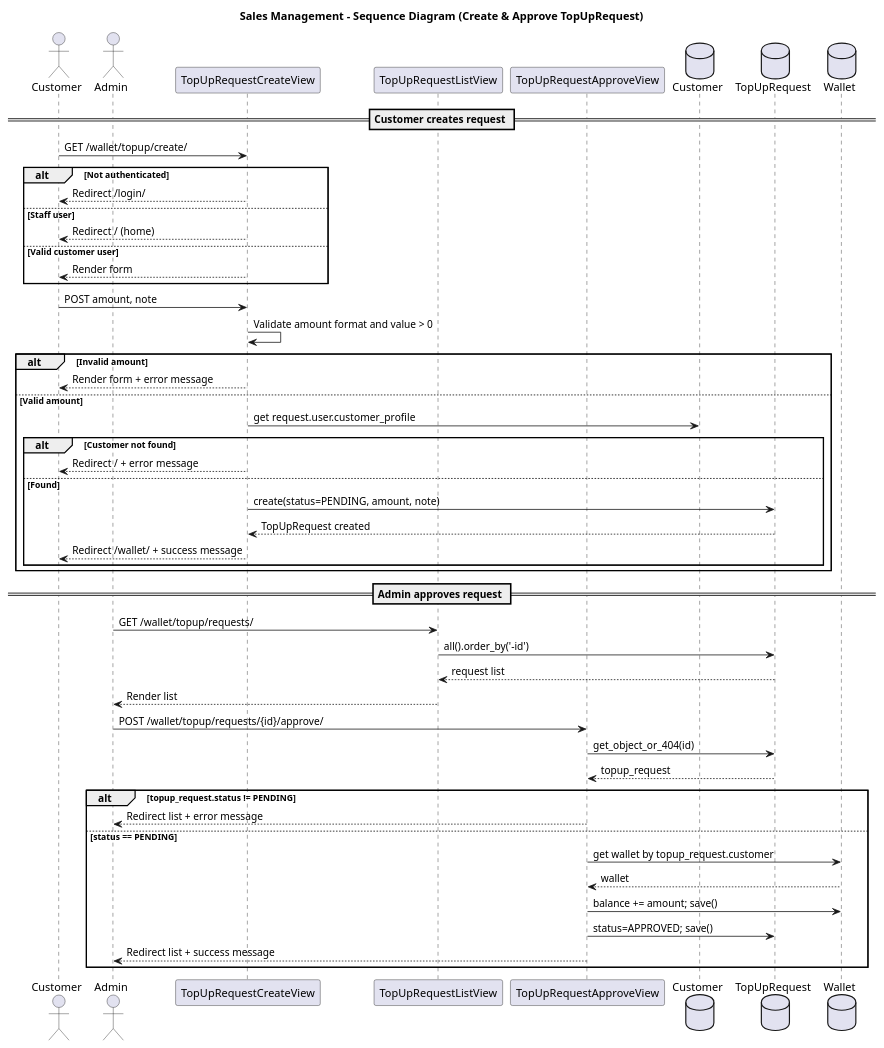
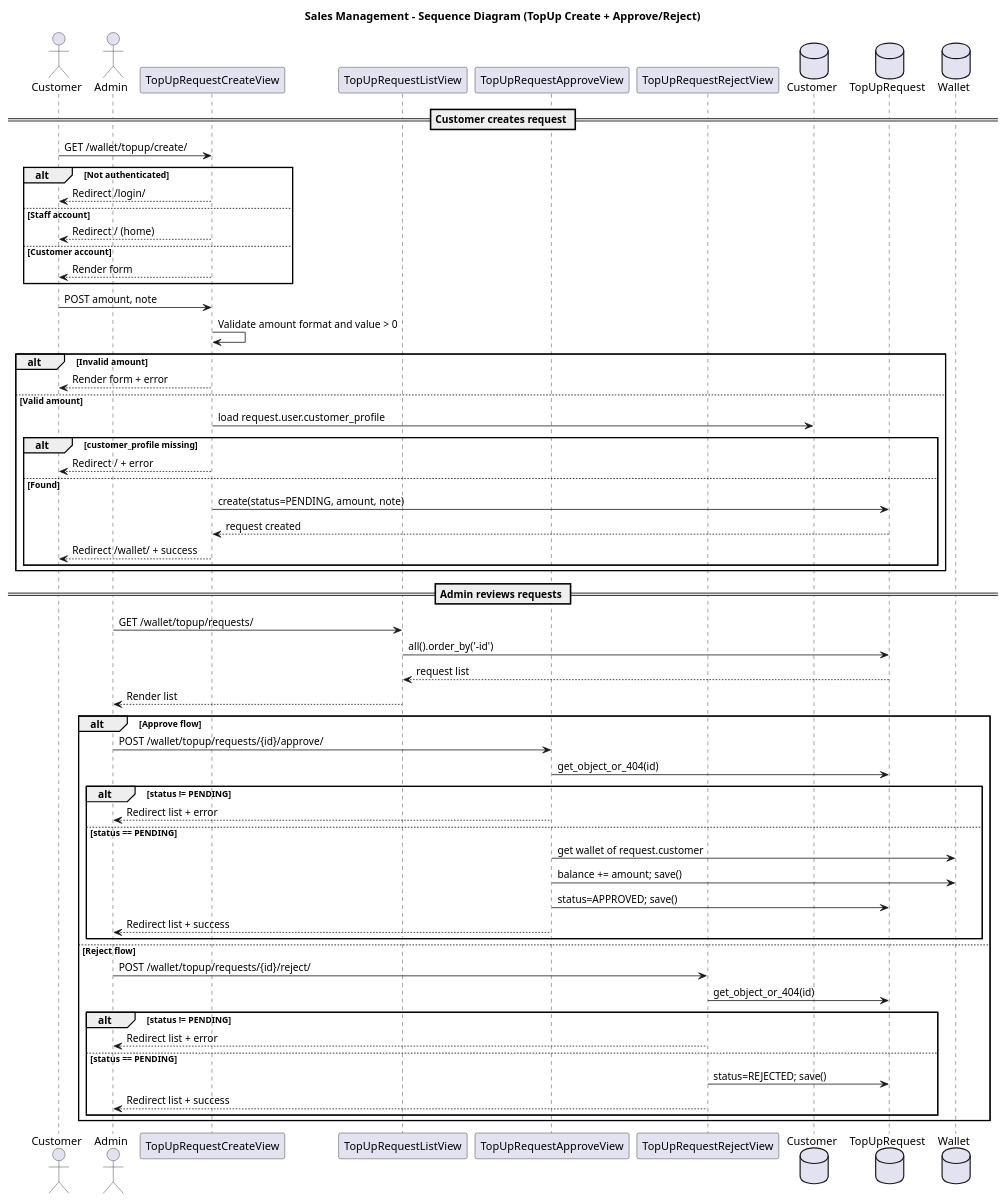
One commit to ducAnhNotEm/QuanLyBanHang changed the diagram in docs/uml/sequence_diagram_topup_approve.puml. Above: the diagram before and after it, drawn with PlantUML. The commit also changed 14 other files, not shown here.

Commit message:
update diagrams and add product create page

```diff
--- a/docs/uml/sequence_diagram_topup_approve.puml
+++ b/docs/uml/sequence_diagram_topup_approve.puml
@@ -1,58 +1,67 @@
 @startuml
-title Sales Management - Sequence Diagram (Create & Approve TopUpRequest)
+title Sales Management - Sequence Diagram (TopUp Create + Approve/Reject)
 
 actor Customer
 actor Admin
 participant "TopUpRequestCreateView" as CreateView
 participant "TopUpRequestListView" as ListView
 participant "TopUpRequestApproveView" as ApproveView
-database "Customer" as CustomerModel
-database "TopUpRequest" as TopUpModel
-database "Wallet" as WalletModel
+participant "TopUpRequestRejectView" as RejectView
+database "Customer" as CustomerDB
+database "TopUpRequest" as TopUpDB
+database "Wallet" as WalletDB
 
 == Customer creates request ==
 Customer -> CreateView: GET /wallet/topup/create/
 alt Not authenticated
   CreateView --> Customer: Redirect /login/
-else Staff user
+else Staff account
   CreateView --> Customer: Redirect / (home)
-else Valid customer user
+else Customer account
   CreateView --> Customer: Render form
 end
 
 Customer -> CreateView: POST amount, note
 CreateView -> CreateView: Validate amount format and value > 0
 alt Invalid amount
-  CreateView --> Customer: Render form + error message
+  CreateView --> Customer: Render form + error
 else Valid amount
-  CreateView -> CustomerModel: get request.user.customer_profile
-  alt Customer not found
-    CreateView --> Customer: Redirect / + error message
+  CreateView -> CustomerDB: load request.user.customer_profile
+  alt customer_profile missing
+    CreateView --> Customer: Redirect / + error
   else Found
-    CreateView -> TopUpModel: create(status=PENDING, amount, note)
-    TopUpModel --> CreateView: TopUpRequest created
-    CreateView --> Customer: Redirect /wallet/ + success message
+    CreateView -> TopUpDB: create(status=PENDING, amount, note)
+    TopUpDB --> CreateView: request created
+    CreateView --> Customer: Redirect /wallet/ + success
   end
 end
 
-== Admin approves request ==
+== Admin reviews requests ==
 Admin -> ListView: GET /wallet/topup/requests/
-ListView -> TopUpModel: all().order_by('-id')
-TopUpModel --> ListView: request list
+ListView -> TopUpDB: all().order_by('-id')
+TopUpDB --> ListView: request list
 ListView --> Admin: Render list
 
-Admin -> ApproveView: POST /wallet/topup/requests/{id}/approve/
-ApproveView -> TopUpModel: get_object_or_404(id)
-TopUpModel --> ApproveView: topup_request
-
-alt topup_request.status != PENDING
-  ApproveView --> Admin: Redirect list + error message
-else status == PENDING
-  ApproveView -> WalletModel: get wallet by topup_request.customer
-  WalletModel --> ApproveView: wallet
-  ApproveView -> WalletModel: balance += amount; save()
-  ApproveView -> TopUpModel: status=APPROVED; save()
-  ApproveView --> Admin: Redirect list + success message
+alt Approve flow
+  Admin -> ApproveView: POST /wallet/topup/requests/{id}/approve/
+  ApproveView -> TopUpDB: get_object_or_404(id)
+  alt status != PENDING
+    ApproveView --> Admin: Redirect list + error
+  else status == PENDING
+    ApproveView -> WalletDB: get wallet of request.customer
+    ApproveView -> WalletDB: balance += amount; save()
+    ApproveView -> TopUpDB: status=APPROVED; save()
+    ApproveView --> Admin: Redirect list + success
+  end
+else Reject flow
+  Admin -> RejectView: POST /wallet/topup/requests/{id}/reject/
+  RejectView -> TopUpDB: get_object_or_404(id)
+  alt status != PENDING
+    RejectView --> Admin: Redirect list + error
+  else status == PENDING
+    RejectView -> TopUpDB: status=REJECTED; save()
+    RejectView --> Admin: Redirect list + success
+  end
 end
 
 @enduml
```
